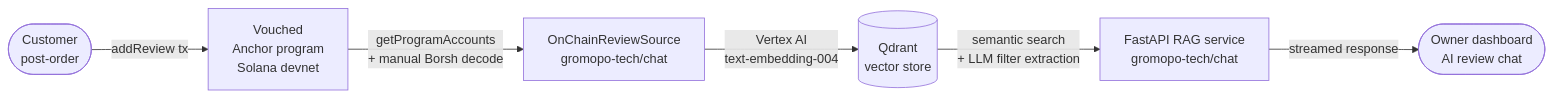
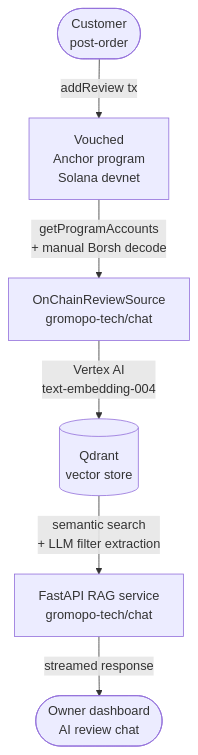
One commit to gromopo-tech/vouched changed the diagram in README.md. Above: the diagram before and after it, drawn with Mermaid.

Commit message:
Revise README with project details and flowchart
Updated project description and flowchart in README.md.

````diff
--- a/README.md
+++ b/README.md
@@ -7,8 +7,8 @@
 ```mermaid
-flowchart LR
+flowchart TD
     A([Customer\npost-order]) -->|addReview tx| B[Vouched\nAnchor program\nSolana devnet]
     B -->|getProgramAccounts\n+ manual Borsh decode| C[OnChainReviewSource\ngromopo-tech/chat]
     C -->|Vertex AI\ntext-embedding-004| D[(Qdrant\nvector store)]
     D -->|semantic search\n+ LLM filter extraction| E[FastAPI RAG service\ngromopo-tech/chat]
     E -->|streamed response| F([Owner dashboard\nAI review chat])
 ```
````
